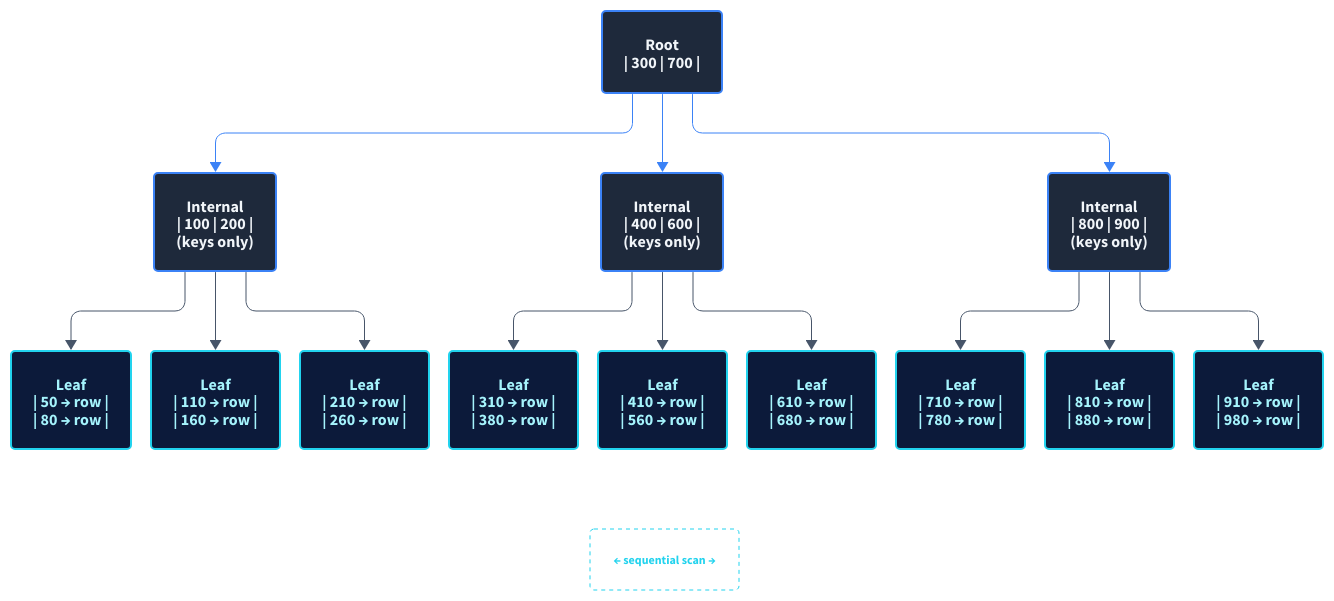
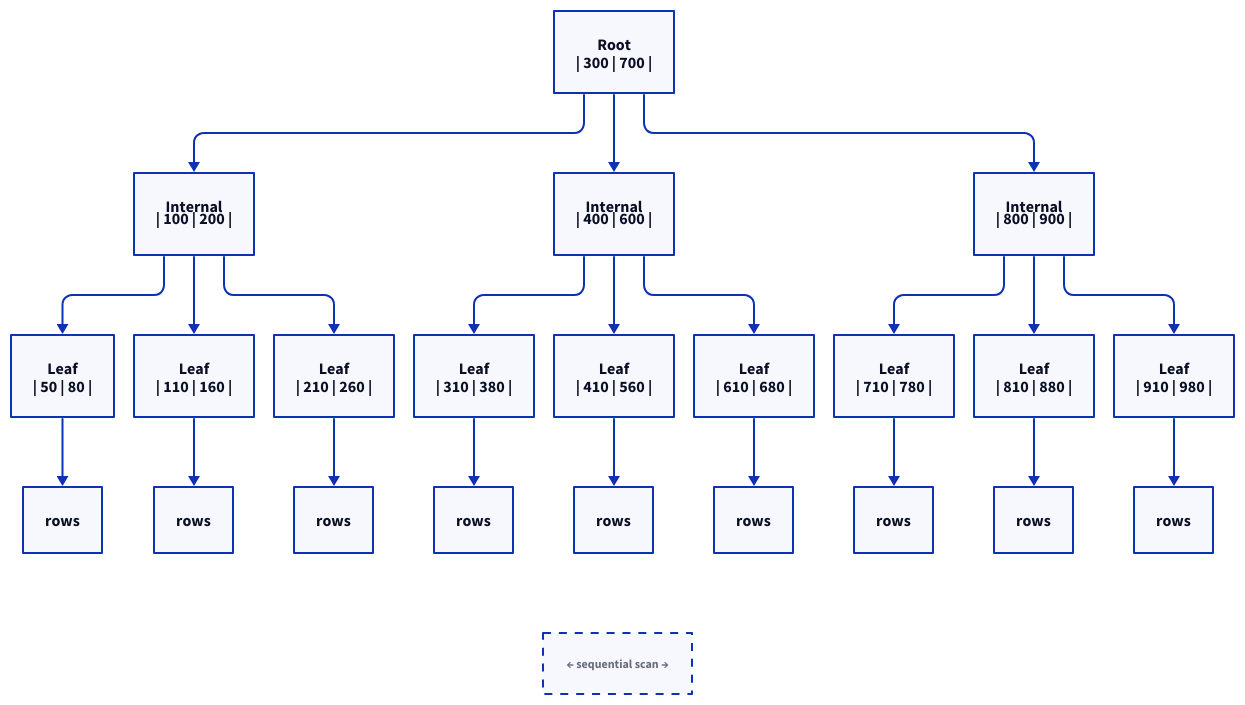
Before and after one commit to AnasImloul/aimloul-blog: the diagram in diagrams/why-every-database-use-btree/bplus.d2, drawn with D2. The commit also changed 3 other files, not shown here.

```diff
--- a/diagrams/why-every-database-use-btree/bplus.d2
+++ b/diagrams/why-every-database-use-btree/bplus.d2
@@ -1,215 +1,83 @@
 vars: {
-d2-config: {
-layout-engine: elk
-}
+  d2-config: {
+    layout-engine: elk
+  }
 }
 
 direction: down
 
-root: {
-  label: "Root\n| 300 | 700 |"
-  shape: rectangle
-  style: {
-  fill: "#1e293b"
-  stroke: "#3b82f6"
-  stroke-width: 2
-  font-color: "#f1f5f9"
-  bold: true
-  border-radius: 4
-  }
-}
+root: "Root\n| 300 | 700 |"
 
-int1: {
-  label: "Internal\n| 100 | 200 |\n(keys only)"
-  shape: rectangle
-  style: {
-  fill: "#1e293b"
-  stroke: "#3b82f6"
-  stroke-width: 2
-  font-color: "#f1f5f9"
-  border-radius: 4
-  }
-}
+int1: "Internal\n| 100 | 200 |\n"
+int2: "Internal\n| 400 | 600 |\n"
+int3: "Internal\n| 800 | 900 |\n"
 
-int2: {
-  label: "Internal\n| 400 | 600 |\n(keys only)"
-  shape: rectangle
-  style: {
-  fill: "#1e293b"
-  stroke: "#3b82f6"
-  stroke-width: 2
-  font-color: "#f1f5f9"
-  border-radius: 4
-  }
-}
+leaf1: "Leaf\n| 50 | 80 |"
+leaf2: "Leaf\n| 110 | 160 |"
+leaf3: "Leaf\n| 210 | 260 |"
+leaf4: "Leaf\n| 310 | 380 |"
+leaf5: "Leaf\n| 410 | 560 |"
+leaf6: "Leaf\n| 610 | 680 |"
+leaf7: "Leaf\n| 710 | 780 |"
+leaf8: "Leaf\n| 810 | 880 |"
+leaf9: "Leaf\n| 910 | 980 |"
 
-int3: {
-  label: "Internal\n| 800 | 900 |\n(keys only)"
-  shape: rectangle
-  style: {
-  fill: "#1e293b"
-  stroke: "#3b82f6"
-  stroke-width: 2
-  font-color: "#f1f5f9"
-  border-radius: 4
-  }
-}
+row1: "rows"
+row2: "rows"
+row3: "rows"
+row4: "rows"
+row5: "rows"
+row6: "rows"
+row7: "rows"
+row8: "rows"
+row9: "rows"
 
-leaf1: {
-  label: "Leaf\n| 50 → row |\n| 80 → row |"
-  shape: rectangle
-  style: {
-  fill: "#0c1a3a"
-  stroke: "#22d3ee"
-  stroke-width: 2
-  font-color: "#a5f3fc"
-  border-radius: 4
-  }
-}
-
-leaf2: {
-  label: "Leaf\n| 110 → row |\n| 160 → row |"
-  shape: rectangle
-  style: {
-  fill: "#0c1a3a"
-  stroke: "#22d3ee"
-  stroke-width: 2
-  font-color: "#a5f3fc"
-  border-radius: 4
-  }
-}
-
-leaf3: {
-  label: "Leaf\n| 210 → row |\n| 260 → row |"
-  shape: rectangle
-  style: {
-  fill: "#0c1a3a"
-  stroke: "#22d3ee"
-  stroke-width: 2
-  font-color: "#a5f3fc"
-  border-radius: 4
-  }
-}
-
-leaf4: {
-  label: "Leaf\n| 310 → row |\n| 380 → row |"
-  shape: rectangle
-  style: {
-  fill: "#0c1a3a"
-  stroke: "#22d3ee"
-  stroke-width: 2
-  font-color: "#a5f3fc"
-  border-radius: 4
-  }
-}
-
-leaf5: {
-  label: "Leaf\n| 410 → row |\n| 560 → row |"
-  shape: rectangle
-  style: {
-  fill: "#0c1a3a"
-  stroke: "#22d3ee"
-  stroke-width: 2
-  font-color: "#a5f3fc"
-  border-radius: 4
-  }
-}
-
-leaf6: {
-  label: "Leaf\n| 610 → row |\n| 680 → row |"
-  shape: rectangle
-  style: {
-  fill: "#0c1a3a"
-  stroke: "#22d3ee"
-  stroke-width: 2
-  font-color: "#a5f3fc"
-  border-radius: 4
-  }
-}
-
-leaf7: {
-  label: "Leaf\n| 710 → row |\n| 780 → row |"
-  shape: rectangle
-  style: {
-  fill: "#0c1a3a"
-  stroke: "#22d3ee"
-  stroke-width: 2
-  font-color: "#a5f3fc"
-  border-radius: 4
-  }
-}
-
-leaf8: {
-  label: "Leaf\n| 810 → row |\n| 880 → row |"
-  shape: rectangle
-  style: {
-  fill: "#0c1a3a"
-  stroke: "#22d3ee"
-  stroke-width: 2
-  font-color: "#a5f3fc"
-  border-radius: 4
-  }
-}
-
-leaf9: {
-  label: "Leaf\n| 910 → row |\n| 980 → row |"
-  shape: rectangle
-  style: {
-  fill: "#0c1a3a"
-  stroke: "#22d3ee"
-  stroke-width: 2
-  font-color: "#a5f3fc"
-  border-radius: 4
-  }
-}
-
-# Invisible spine node that lives at leaf level
-# Forces ELK to treat the leaf row as a flat horizontal rank
 spine: {
   label: "← sequential scan →"
   shape: rectangle
   style: {
-  fill: "transparent"
-  stroke: "#22d3ee"
-  stroke-width: 1
-  stroke-dash: 4
-  font-color: "#22d3ee"
-  font-size: 12
-  italic: true
-  border-radius: 4
+    stroke-dash: 4
+    font-size: 12
+    italic: true
   }
 }
 
-# Tree edges — parent to children
-root -> int1: {style: {stroke: "#3b82f6"; stroke-width: 1}}
-root -> int2: {style: {stroke: "#3b82f6"; stroke-width: 1}}
-root -> int3: {style: {stroke: "#3b82f6"; stroke-width: 1}}
+root -> int1
+root -> int2
+root -> int3
 
-int1 -> leaf1: {style: {stroke: "#475569"; stroke-width: 1}}
-int1 -> leaf2: {style: {stroke: "#475569"; stroke-width: 1}}
-int1 -> leaf3: {style: {stroke: "#475569"; stroke-width: 1}}
+int1 -> leaf1
+int1 -> leaf2
+int1 -> leaf3
 
-int2 -> leaf4: {style: {stroke: "#475569"; stroke-width: 1}}
-int2 -> leaf5: {style: {stroke: "#475569"; stroke-width: 1}}
-int2 -> leaf6: {style: {stroke: "#475569"; stroke-width: 1}}
+int2 -> leaf4
+int2 -> leaf5
+int2 -> leaf6
 
-int3 -> leaf7: {style: {stroke: "#475569"; stroke-width: 1}}
-int3 -> leaf8: {style: {stroke: "#475569"; stroke-width: 1}}
-int3 -> leaf9: {style: {stroke: "#475569"; stroke-width: 1}}
+int3 -> leaf7
+int3 -> leaf8
+int3 -> leaf9
 
-# Spine anchors — connect spine to first and last leaf
-# This pulls the spine into the same horizontal rank as the leaves
-# without creating a cross-leaf chain that confuses ELK
-leaf1 -> spine: {
+leaf1 -> row1
+leaf2 -> row2
+leaf3 -> row3
+leaf4 -> row4
+leaf5 -> row5
+leaf6 -> row6
+leaf7 -> row7
+leaf8 -> row8
+leaf9 -> row9
+
+row1 -> spine: {
   style: {
-  stroke: "transparent"
-  stroke-width: 0
+    stroke: "transparent"
+    stroke-width: 0
   }
 }
 
-leaf9 -> spine: {
+row9 -> spine: {
   style: {
-  stroke: "transparent"
-  stroke-width: 0
+    stroke: "transparent"
+    stroke-width: 0
   }
 }
```
